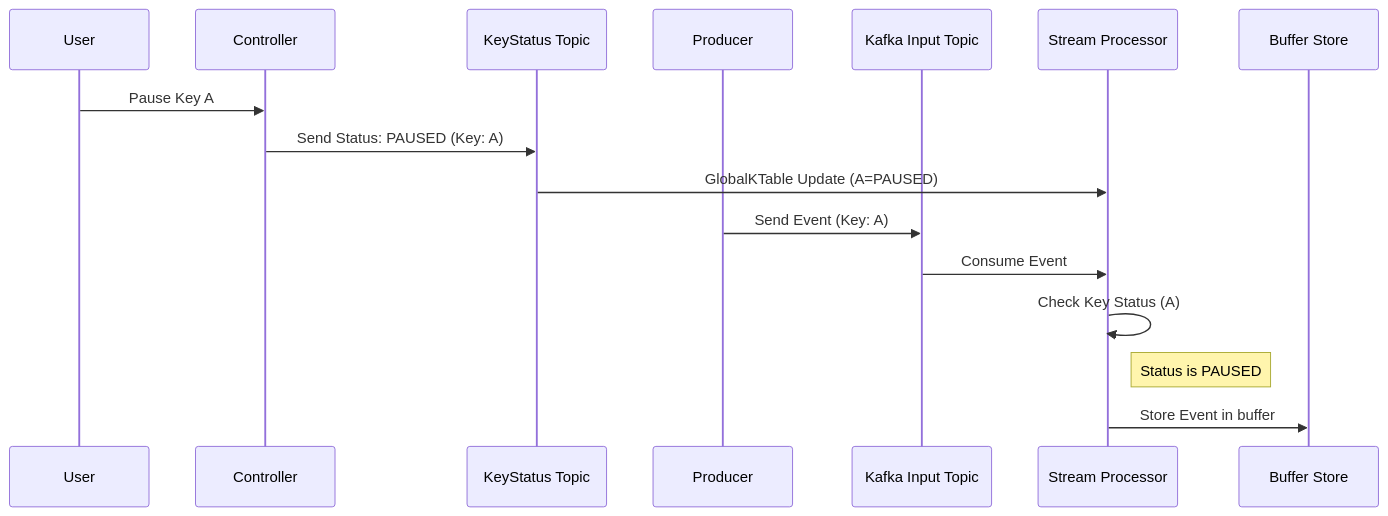
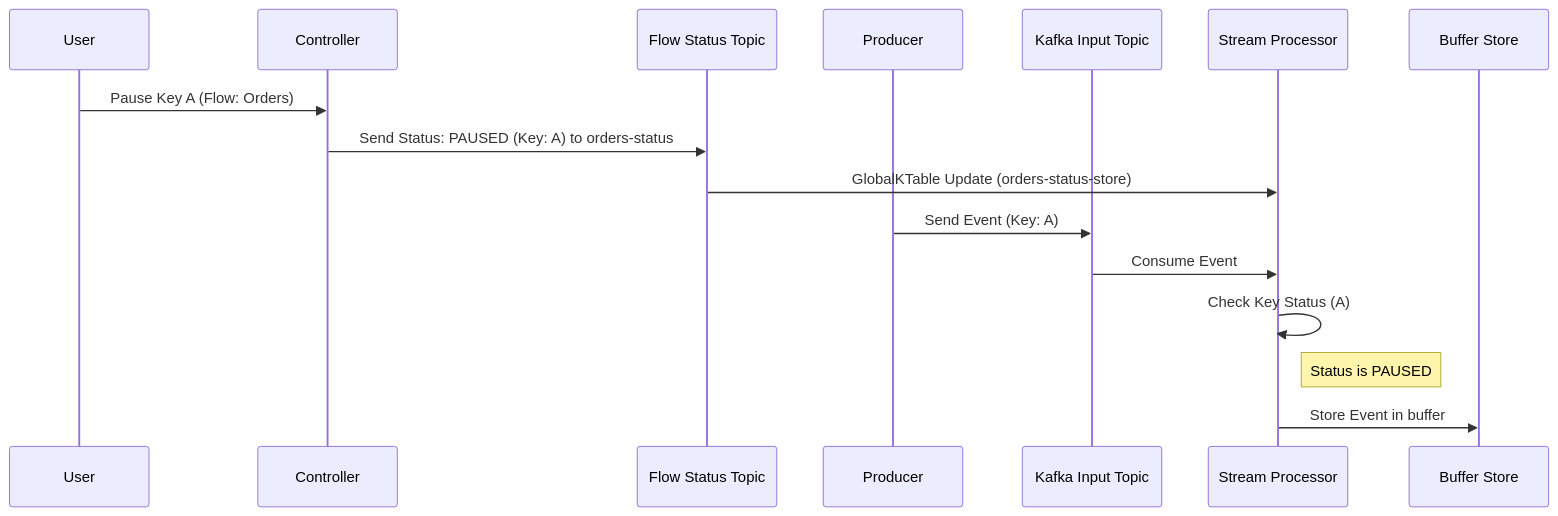
The second of 3 diagrams in README.md (beckwithviking/event-pause), drawn with Mermaid before and after one commit. The commit also changed other lines of this file, not shown here.

````diff
--- a/README.md
+++ b/README.md
@@ -112,20 +112,20 @@
 ```mermaid
 sequenceDiagram
     participant U as User
     participant C as Controller
-    participant KS as KeyStatus Topic
+    participant FS as Flow Status Topic
     participant P as Producer
     participant T as Kafka Input Topic
     participant S as Stream Processor
     participant B as Buffer Store
 
-    U->>C: Pause Key A
-    C->>KS: Send Status: PAUSED (Key: A)
-    KS->>S: GlobalKTable Update (A=PAUSED)
+    U->>C: Pause Key A (Flow: Orders)
+    C->>FS: Send Status: PAUSED (Key: A) to orders-status
+    FS->>S: GlobalKTable Update (orders-status-store)
     
     P->>T: Send Event (Key: A)
     T->>S: Consume Event
     S->>S: Check Key Status (A)
     Note right of S: Status is PAUSED
     S->>B: Store Event in buffer
 ```
````
